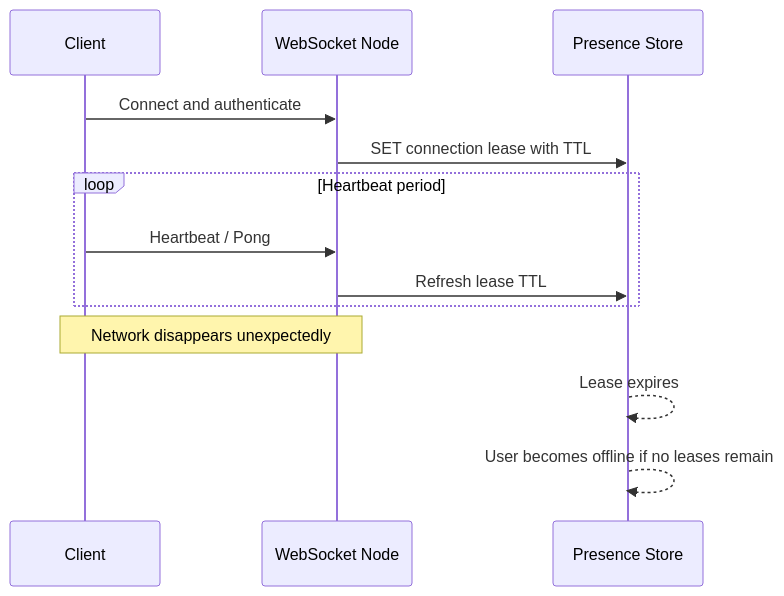
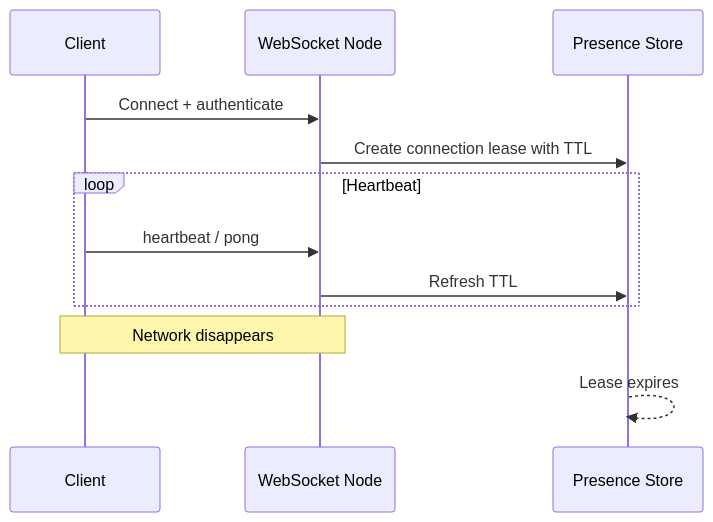
The second of 4 diagrams in src/content/system-design/websocket-scaling.md (AvadhBhalodiya/Interview-Preparation), drawn with Mermaid before and after one commit. The commit also changed other lines of this file and 54 other files, not shown here.

````diff
--- a/src/content/system-design/websocket-scaling.md
+++ b/src/content/system-design/websocket-scaling.md
@@ -428,16 +251,17 @@
 ```mermaid
 sequenceDiagram
     participant C as Client
     participant W as WebSocket Node
     participant R as Presence Store
 
-    C->>W: Connect and authenticate
-    W->>R: SET connection lease with TTL
-    loop Heartbeat period
-        C->>W: Heartbeat / Pong
-        W->>R: Refresh lease TTL
+    C->>W: Connect + authenticate
+    W->>R: Create connection lease with TTL
+
+    loop Heartbeat
+        C->>W: heartbeat / pong
+        W->>R: Refresh TTL
     end
-    Note over C,W: Network disappears unexpectedly
+
+    Note over C,W: Network disappears
     R-->>R: Lease expires
-    R-->>R: User becomes offline if no leases remain
 ```
````
